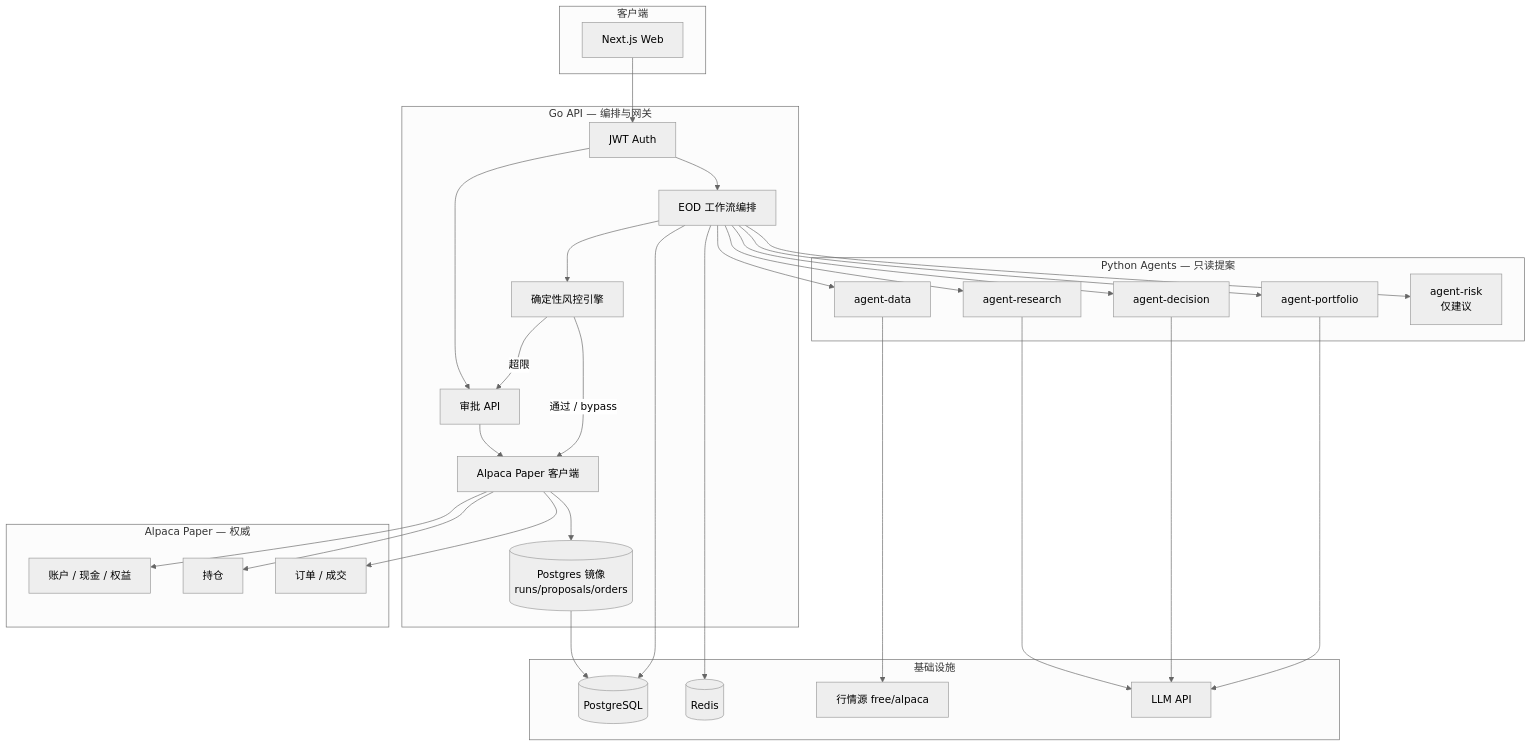
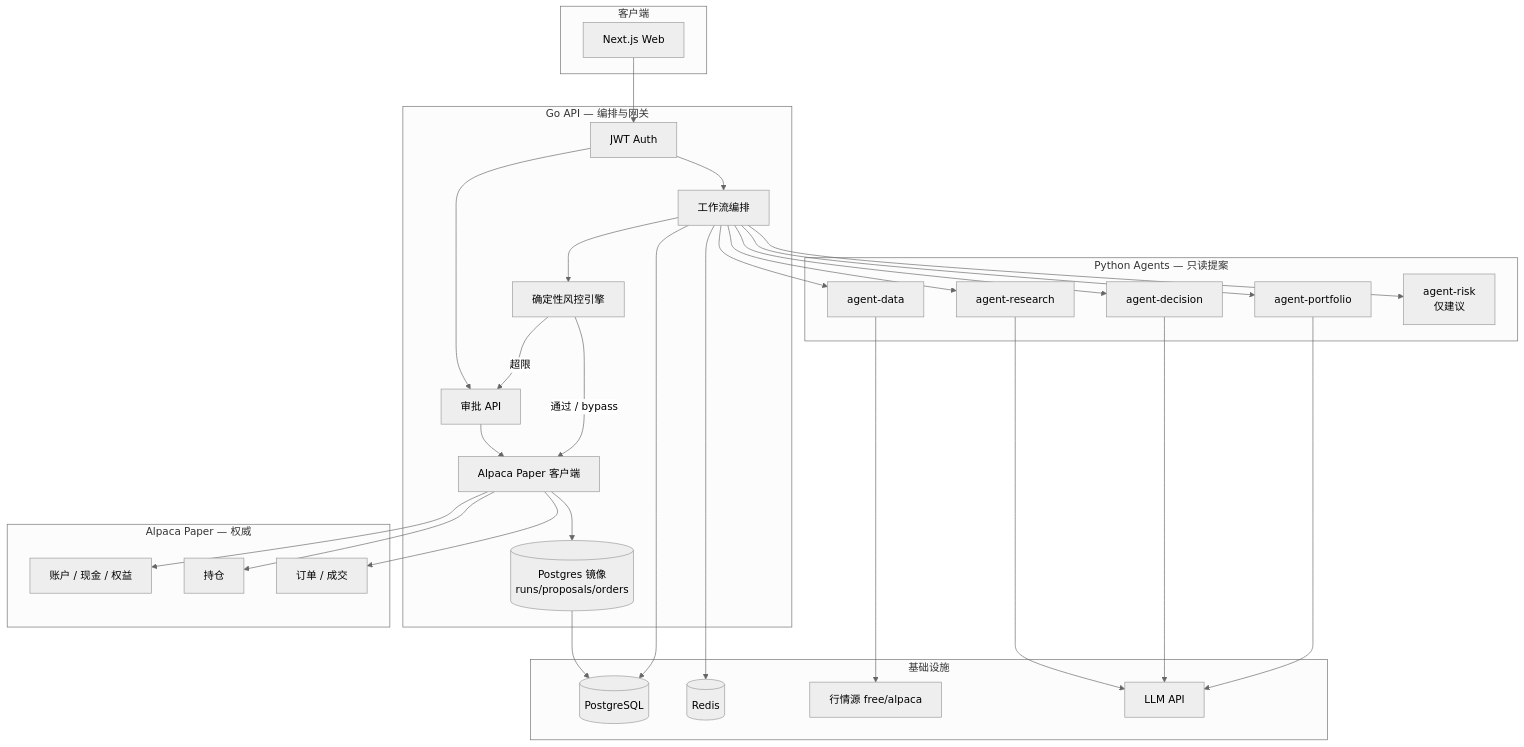
The first of 4 diagrams in docs/eod-workflow-flowchart.md (cyhzuishuai/stock-agents-cursor), drawn with Mermaid (neutral theme) before and after one commit. The commit also changed other lines of this file and 16 other files, not shown here.

````diff
--- a/docs/eod-workflow-flowchart.md
+++ b/docs/eod-workflow-flowchart.md
@@ -16,60 +19,60 @@
 ```mermaid
 flowchart TB
   subgraph clients [客户端]
     Web[Next.js Web]
   end
 
   subgraph api [Go API — 编排与网关]
     Auth[JWT Auth]
-    WF[EOD 工作流编排]
+    WF[工作流编排]
     RiskGo[确定性风控引擎]
     Broker[Alpaca Paper 客户端]
     Approvals[审批 API]
     Mirror[(Postgres 镜像<br/>runs/proposals/orders)]
   end
 
   subgraph alpaca [Alpaca Paper — 权威]
     AlpAcct[账户 / 现金 / 权益]
     AlpPos[持仓]
     AlpOrd[订单 / 成交]
   end
 
   subgraph agents [Python Agents — 只读提案]
     Data[agent-data]
     Research[agent-research]
     Decision[agent-decision]
     Portfolio[agent-portfolio]
     RiskPy[agent-risk<br/>仅建议]
   end
 
   subgraph infra [基础设施]
     PG[(PostgreSQL)]
     Redis[(Redis)]
     MD[行情源 free/alpaca]
     LLM[LLM API]
   end
 
   Web --> Auth
   Auth --> WF
   Auth --> Approvals
   Approvals --> Broker
   WF --> Data
   WF --> Research
   WF --> Decision
   WF --> Portfolio
   WF --> RiskPy
   WF --> RiskGo
   RiskGo -->|通过 / bypass| Broker
   RiskGo -->|超限| Approvals
   Broker --> AlpAcct
   Broker --> AlpPos
   Broker --> AlpOrd
   Broker --> Mirror
   Mirror --> PG
   WF --> PG
   WF --> Redis
   Data --> MD
   Research --> LLM
   Decision --> LLM
   Portfolio --> LLM
 ```
````
